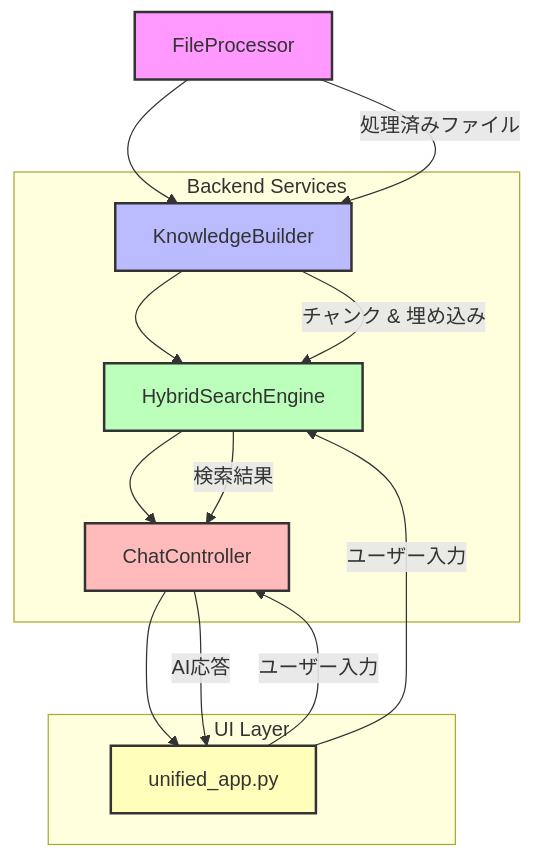
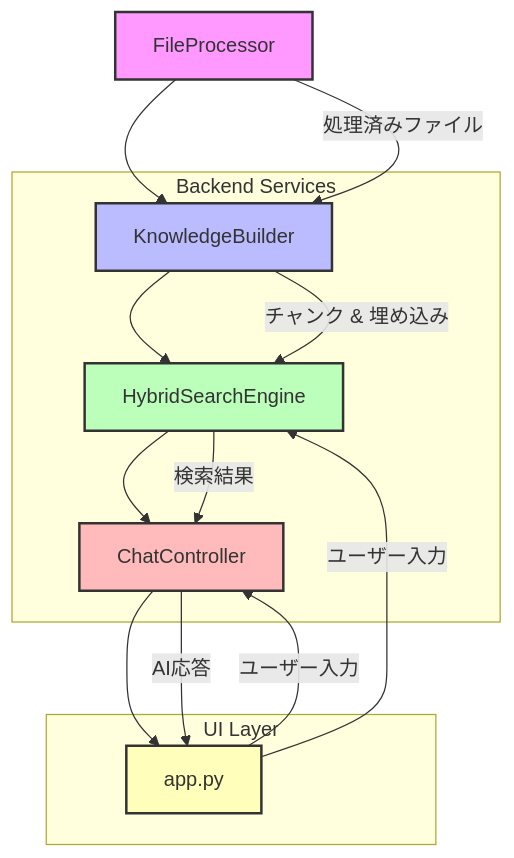
One commit to yokoyamatoyou/Saasknowledge changed the diagram in knowledgeplus_design-main/README.md. Above: the diagram before and after it, drawn with Mermaid. The commit also changed other lines of this file and 5 other files, not shown here.

````diff
--- a/knowledgeplus_design-main/README.md
+++ b/knowledgeplus_design-main/README.md
@@ -56,36 +56,36 @@
 ```mermaid
 graph TD
     A[FileProcessor] --> B[KnowledgeBuilder]
     B --> C[HybridSearchEngine]
     C --> D[ChatController]
-    D --> E[unified_app.py]
+    D --> E[app.py]
 
     subgraph Backend Services
         B
         C
         D
     end
 
     subgraph UI Layer
         E
     end
 
     A -- "処理済みファイル" --> B
     B -- "チャンク & 埋め込み" --> C
     C -- "検索結果" --> D
     D -- "AI応答" --> E
     E -- "ユーザー入力" --> D
     E -- "ユーザー入力" --> C
 
     style A fill:#f9f,stroke:#333,stroke-width:2px
     style B fill:#bbf,stroke:#333,stroke-width:2px
     style C fill:#bfb,stroke:#333,stroke-width:2px
     style D fill:#fbb,stroke:#333,stroke-width:2px
     style E fill:#ffb,stroke:#333,stroke-width:2px
 
     click A "https://github.com/your-repo/blob/main/shared/file_processor.py" "FileProcessor Source"
     click B "https://github.com/your-repo/blob/main/shared/kb_builder.py" "KnowledgeBuilder Source"
     click C "https://github.com/your-repo/blob/main/shared/search_engine.py" "HybridSearchEngine Source"
     click D "https://github.com/your-repo/blob/main/shared/chat_controller.py" "ChatController Source"
-    click E "https://github.com/your-repo/blob/main/unified_app.py" "unified_app.py Source"
+    click E "https://github.com/your-repo/blob/main/app.py" "app.py Source"
 ```
````
